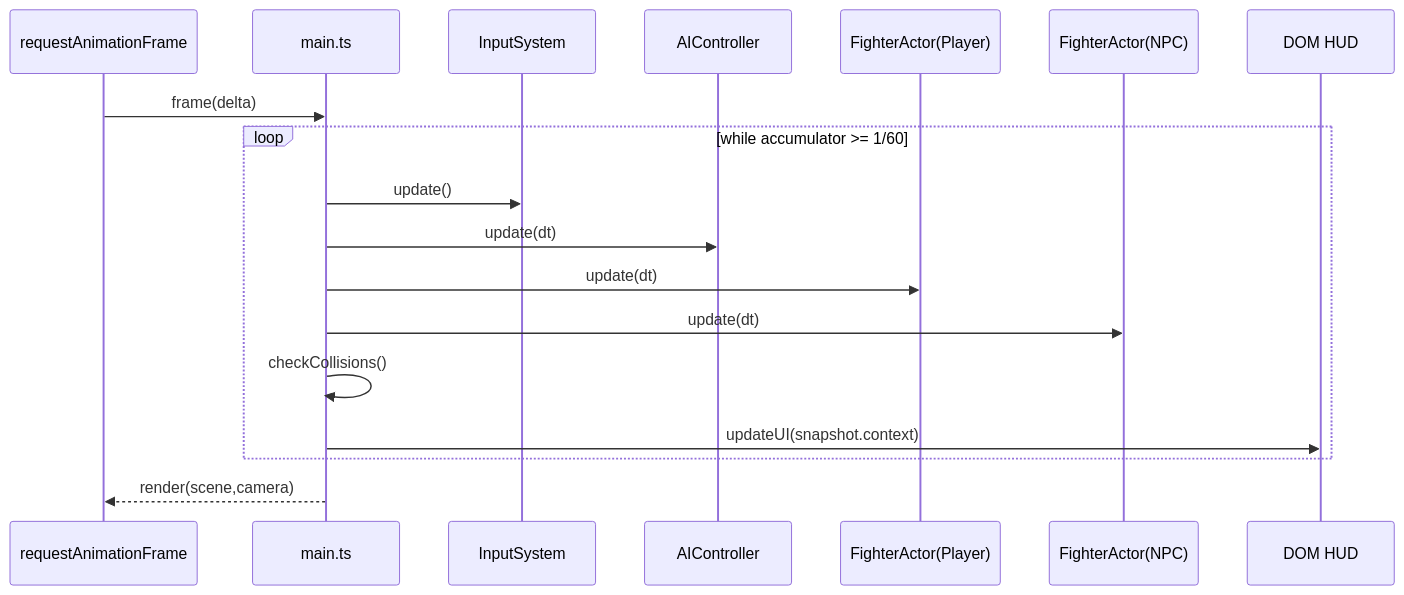
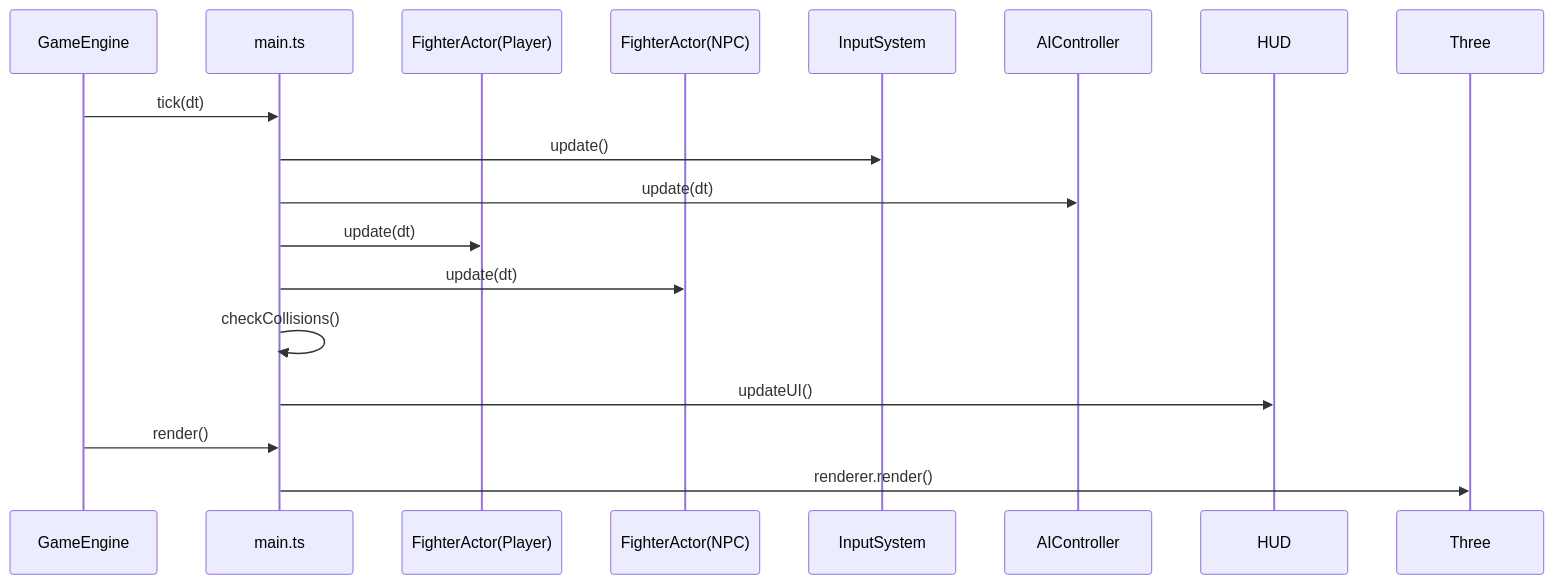
One commit to GhCristea/xstate-threejs-fighting-template changed the second of 2 diagrams in README.md. Above: the diagram before and after it, drawn with Mermaid. The commit also changed other lines of this file and 2 other files, not shown here.

Commit message:
Update docs to reflect GameEngine class and new loop architecture

````diff
--- a/README.md
+++ b/README.md
@@ -144,21 +117,18 @@
 ```mermaid
 sequenceDiagram
-  participant RAF as requestAnimationFrame
+  participant Engine as GameEngine
   participant Main as main.ts
-  participant Input as InputSystem
-  participant AI as AIController
   participant P1 as FighterActor(Player)
   participant P2 as FighterActor(NPC)
-  participant HUD as DOM HUD
 
-  RAF->>Main: frame(delta)
-  loop while accumulator >= 1/60
-    Main->>Input: update()
-    Main->>AI: update(dt)
-    Main->>P1: update(dt)
-    Main->>P2: update(dt)
-    Main->>Main: checkCollisions()
-    Main->>HUD: updateUI(snapshot.context)
-  end
-  Main-->>RAF: render(scene,camera)
+  Engine->>Main: tick(dt)
+  Main->>InputSystem: update()
+  Main->>AIController: update(dt)
+  Main->>P1: update(dt)
+  Main->>P2: update(dt)
+  Main->>Main: checkCollisions()
+  Main->>HUD: updateUI()
+  
+  Engine->>Main: render()
+  Main->>Three: renderer.render()
 ```
````
